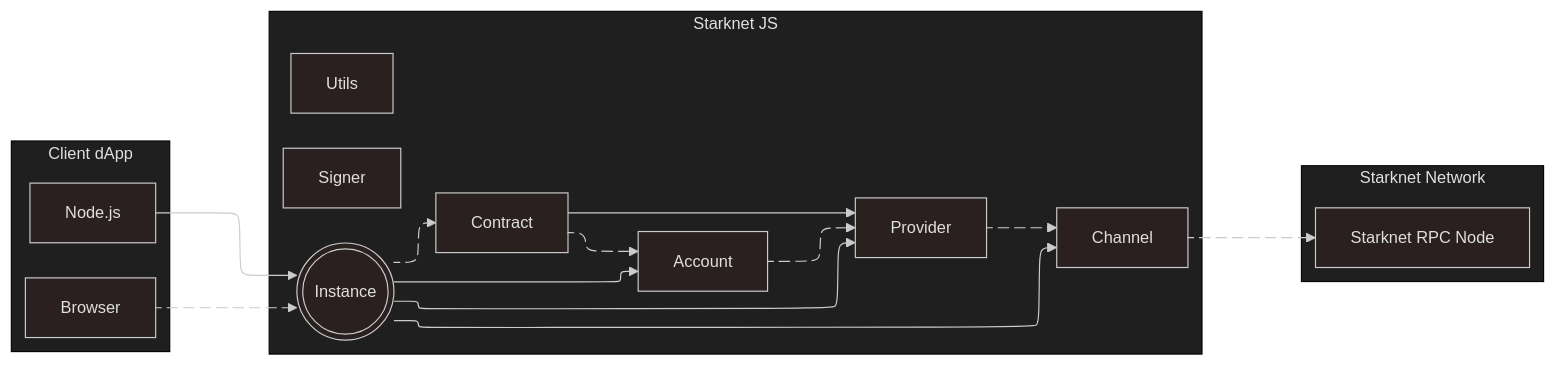
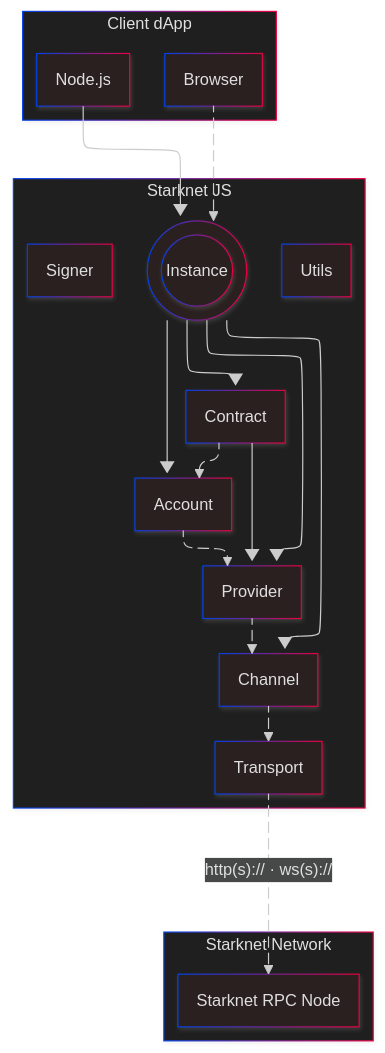
One commit to starknet-io/starknet.js changed the diagram in www/docs/guides/pictures/why-starknet.mmd. Above: the diagram before and after it, drawn with Mermaid. The commit also changed 20 other files, not shown here.

Commit message:
fix(ws): webSocketProvider.create() typing, and the transport documentation

```diff
--- a/www/docs/guides/pictures/why-starknet.mmd
+++ b/www/docs/guides/pictures/why-starknet.mmd
@@ -1,37 +1,40 @@
 ---
 config:
   theme: neo-dark
+  look: neo
   layout: elk
 ---
-flowchart LR
+flowchart TB
  subgraph CLIENT["Client dApp"]
         Browser["Browser"]
         Nodejs["Node.js"]
   end
  subgraph LIBRARY["Starknet JS"]
         Interface["Instance"]
-        Channel["Channel"]
-        Provider["Provider"]
         Account["Account"]
         Contract["Contract"]
+        Provider["Provider"]
+        Channel["Channel"]
+        Transport["Transport"]
         Utils["Utils"]
         Signer["Signer"]
   end
  subgraph NETWORK["Starknet Network"]
         Starknet["Starknet RPC Node"]
   end
-    Browser L_Browser_Interface_0@-- <br> --> Interface
-    Nodejs --> Interface
+    Browser e1@--> Interface
+    Nodejs e2@--> Interface
     Interface --> Provider & Account & Contract & Channel
-    Channel L_Channel_Starknet_0@-- </br> --> Starknet
-    Provider L_Provider_Channel_0@-- <br> --> Channel
-    Account L_Account_Provider_0@-- <br> --> Provider
-    Contract L_Contract_Account_0@-- <br> --> Account
+    Contract e3@--> Account
     Contract --> Provider
+    Account e4@--> Provider
+    Provider e5@--> Channel
+    Channel e6@--> Transport
+    Transport e7@-- "http(s):// · ws(s)://" --> Starknet
     Interface@{ shape: dbl-circ}
-    L_Browser_Interface_0@{ animation: slow } 
-    L_Interface_Contract_0@{ animation: slow } 
-    L_Channel_Starknet_0@{ animation: slow } 
-    L_Provider_Channel_0@{ animation: slow } 
-    L_Account_Provider_0@{ animation: slow } 
-    L_Contract_Account_0@{ animation: slow }
+    e1@{ animation: slow }
+    e3@{ animation: slow }
+    e4@{ animation: slow }
+    e5@{ animation: slow }
+    e6@{ animation: slow }
+    e7@{ animation: fast }
```
